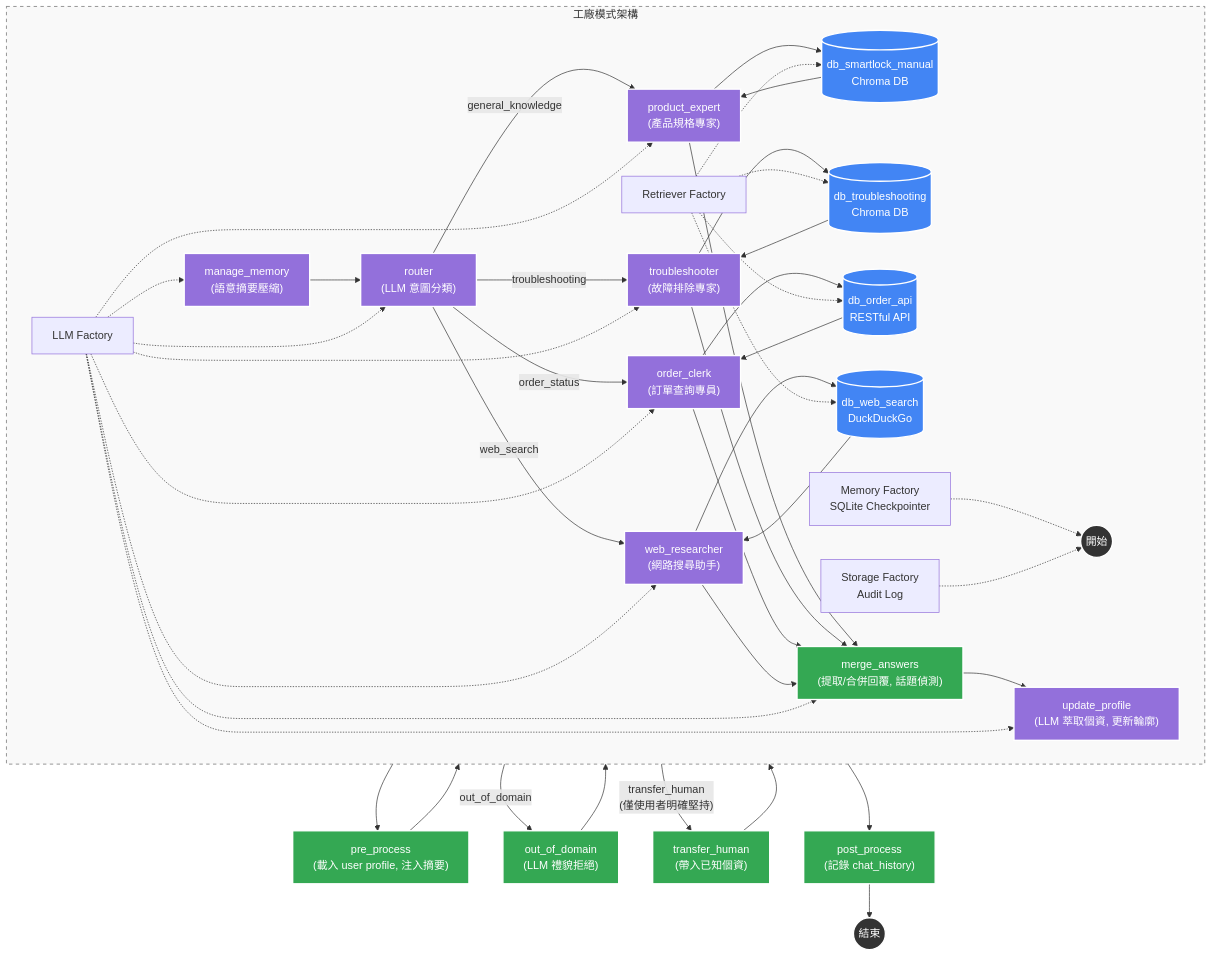
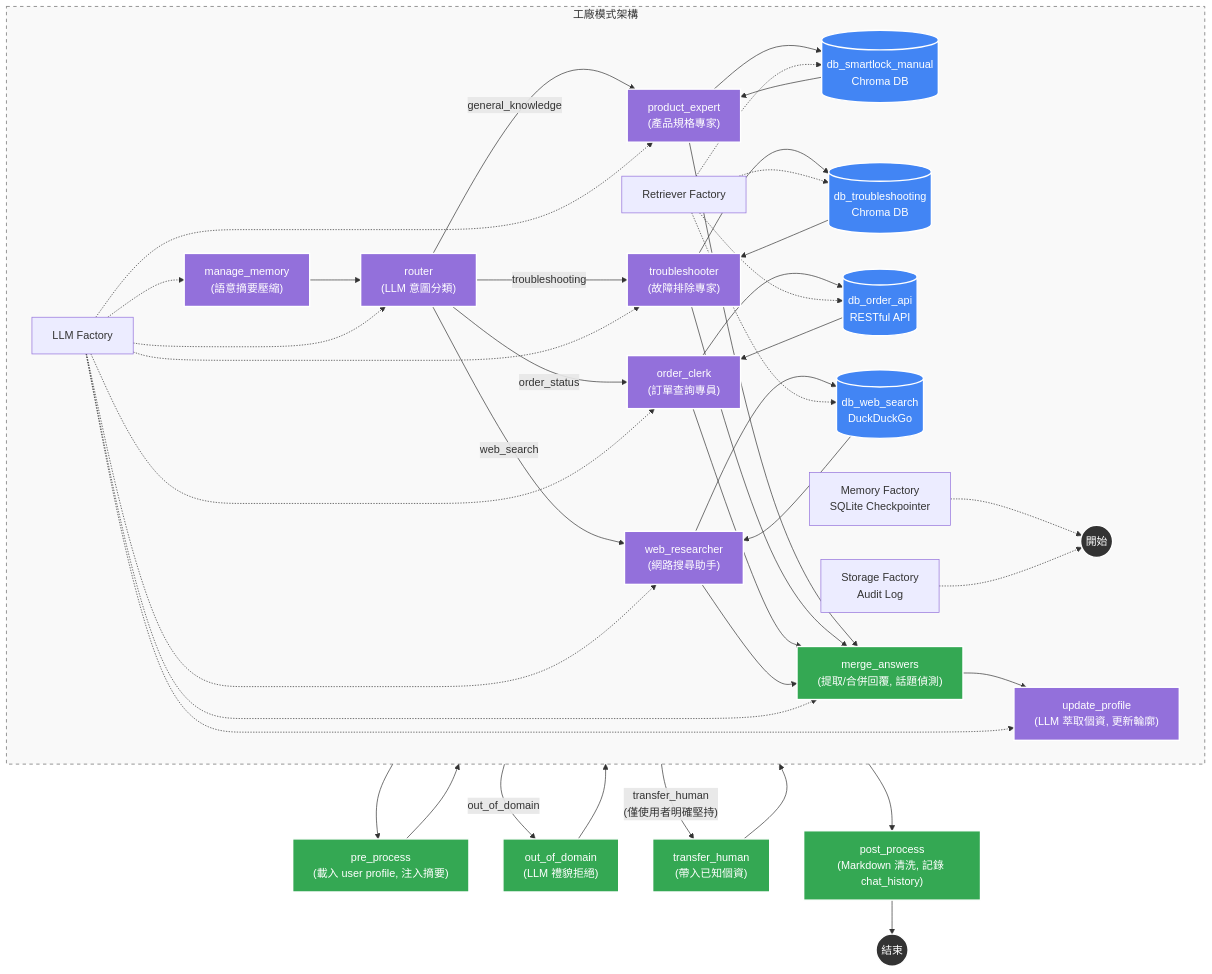
Before and after one commit to Imding1211/lock_AI_Agent: the first of 4 diagrams in docs/manuals/系統架構與流程圖.md, drawn with Mermaid. The commit also changed other lines of this file and 11 other files, not shown here.

````diff
--- a/docs/manuals/系統架構與流程圖.md
+++ b/docs/manuals/系統架構與流程圖.md
@@ -3,57 +3,57 @@
 ```mermaid
 graph TD
     %% 節點樣式定義
     classDef startEnd fill:#333,stroke:#fff,stroke-width:2px,color:#fff;
     classDef llmNode fill:#9370DB,stroke:#fff,stroke-width:2px,color:#fff;
     classDef decision fill:#ff9900,stroke:#333,stroke-width:2px;
     classDef dbNode fill:#4285f4,stroke:#fff,stroke-width:2px,color:#fff;
     classDef actionNode fill:#34a853,stroke:#fff,stroke-width:2px,color:#fff;
     classDef note fill:#f9f9f9,stroke:#666,stroke-dasharray: 5 5;
 
     %% 核心流程
     START((開始)):::startEnd --> pre_process["pre_process<br/>(載入 user profile, 注入摘要)"]:::actionNode
     pre_process --> manage_memory["manage_memory<br/>(語意摘要壓縮)"]:::llmNode
     manage_memory --> router["router<br/>(LLM 意圖分類)"]:::llmNode
 
     %% 意圖分流（Send() fan-out，多意圖可平行派發）
     router -- "general_knowledge" --> PE["product_expert<br/>(產品規格專家)"]:::llmNode
     router -- "troubleshooting" --> TS["troubleshooter<br/>(故障排除專家)"]:::llmNode
     router -- "order_status" --> OC["order_clerk<br/>(訂單查詢專員)"]:::llmNode
     router -- "web_search" --> WR["web_researcher<br/>(網路搜尋助手)"]:::llmNode
     router -- "out_of_domain" --> OOD["out_of_domain<br/>(LLM 禮貌拒絕)"]:::actionNode
     router -- "transfer_human<br/>(僅使用者明確堅持)" --> HUMAN["transfer_human<br/>(帶入已知個資)"]:::actionNode
 
     %% Agent 子圖（agent_llm ↔ tool_node 迴圈）
     PE --> PE_TOOL[("db_smartlock_manual<br/>Chroma DB")]:::dbNode
     TS --> TS_TOOL[("db_troubleshooting<br/>Chroma DB")]:::dbNode
     OC --> OC_TOOL[("db_order_api<br/>RESTful API")]:::dbNode
     WR --> WR_TOOL[("db_web_search<br/>DuckDuckGo")]:::dbNode
 
     PE_TOOL --> PE
     TS_TOOL --> TS
     OC_TOOL --> OC
     WR_TOOL --> WR
 
     %% 匯流
     PE --> merge_answers["merge_answers<br/>(提取/合併回覆, 話題偵測)"]:::actionNode
     TS --> merge_answers
     OC --> merge_answers
     WR --> merge_answers
     OOD --> merge_answers
     HUMAN --> merge_answers
 
     merge_answers --> update_profile["update_profile<br/>(LLM 萃取個資, 更新輪廓)"]:::llmNode
-    update_profile --> post_process["post_process<br/>(記錄 chat_history)"]:::actionNode
+    update_profile --> post_process["post_process<br/>(Markdown 清洗, 記錄 chat_history)"]:::actionNode
     post_process --> END((結束)):::startEnd
 
     %% 底層支援
     subgraph Support_Layer [工廠模式架構]
         direction LR
         f1[LLM Factory] -.-> manage_memory & router & PE & TS & OC & WR & merge_answers & update_profile
         f2[Memory Factory<br/>SQLite Checkpointer] -.-> START
         f3[Retriever Factory] -.-> PE_TOOL & TS_TOOL & OC_TOOL & WR_TOOL
         f4[Storage Factory<br/>Audit Log] -.-> START
     end
     class Support_Layer note
 
 ```
````
